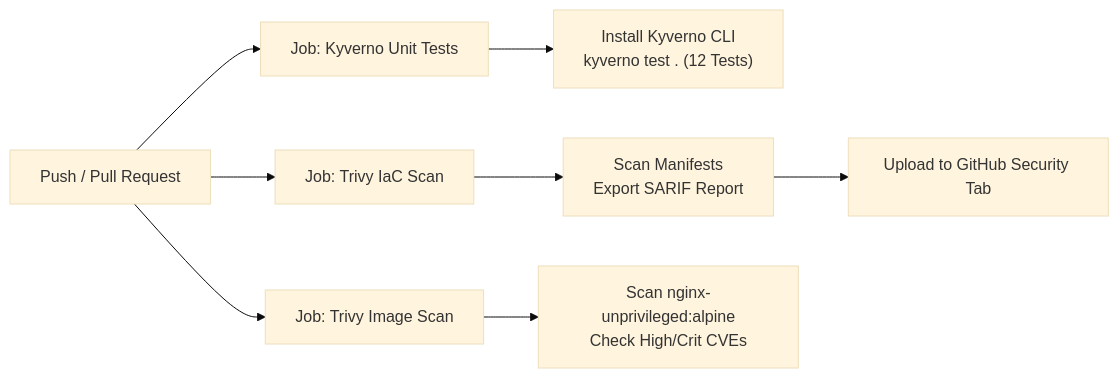
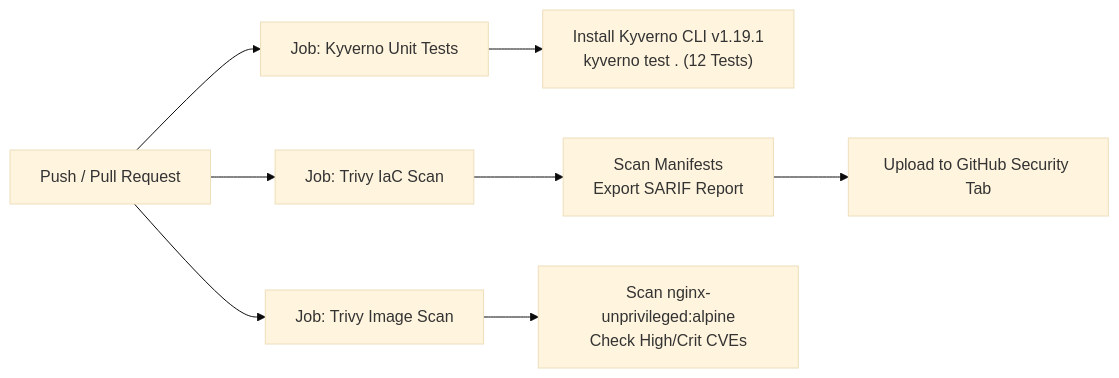
The diagram in README.md (cooler-SAI/kyverno-security-lab), drawn with Mermaid (base theme) before and after one commit. The commit also changed other lines of this file and 2 other files, not shown here.

First line of the commit message:
fix(ci): pin Kyverno CLI release to v1.19.1 and order mutate test results for cross-version stability

````diff
--- a/README.md
+++ b/README.md
@@ -250,11 +250,11 @@
 ```mermaid
 flowchart LR
     A["Push / Pull Request"] --> B["Job: Kyverno Unit Tests"]
     A --> C["Job: Trivy IaC Scan"]
     A --> D["Job: Trivy Image Scan"]
 
-    B --> B1["Install Kyverno CLI<br/>kyverno test . (12 Tests)"]
+    B --> B1["Install Kyverno CLI v1.19.1<br/>kyverno test . (12 Tests)"]
     C --> C1["Scan Manifests<br/>Export SARIF Report"]
     C1 --> C2["Upload to GitHub Security Tab"]
     D --> D1["Scan nginx-unprivileged:alpine<br/>Check High/Crit CVEs"]
 ```
````
